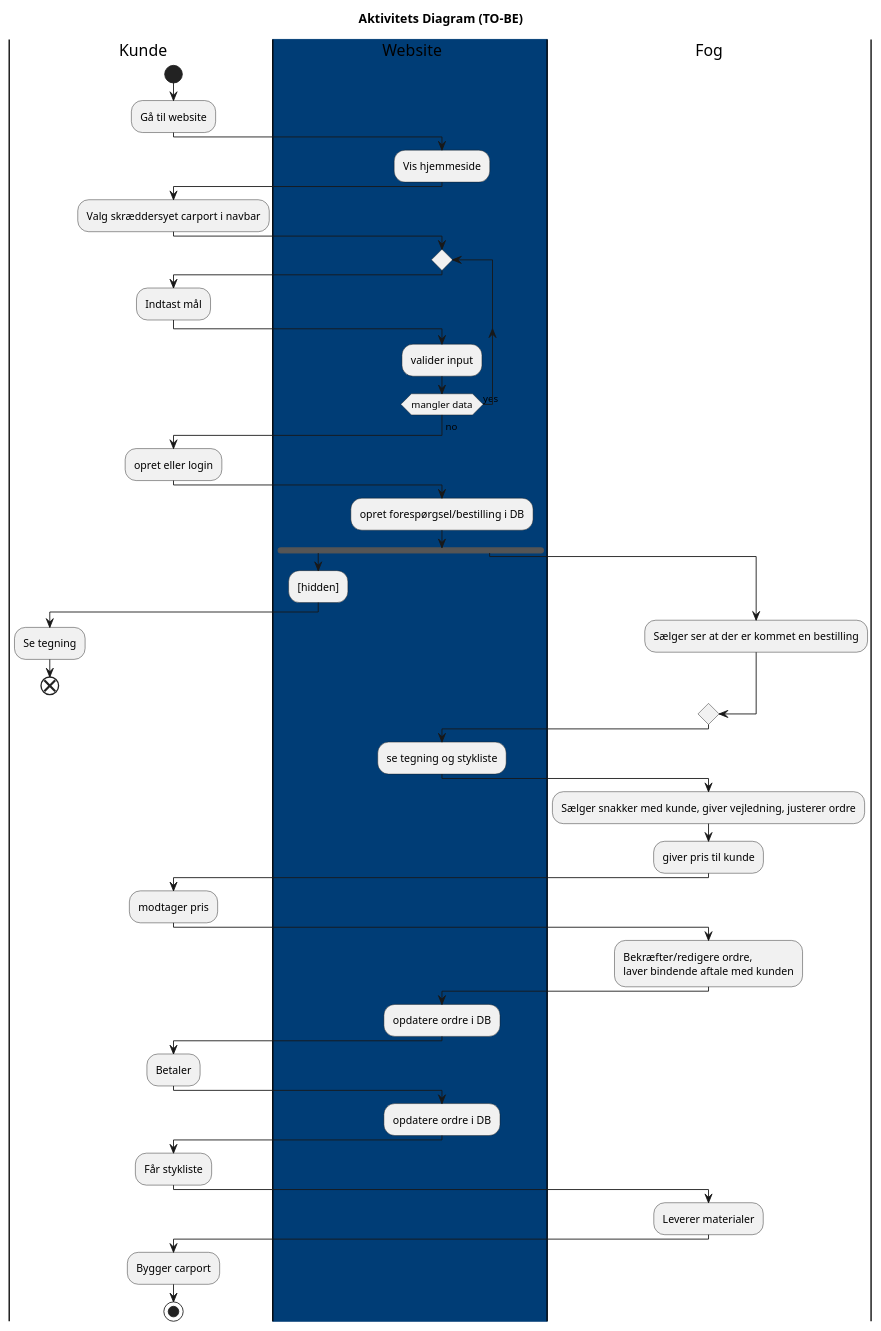
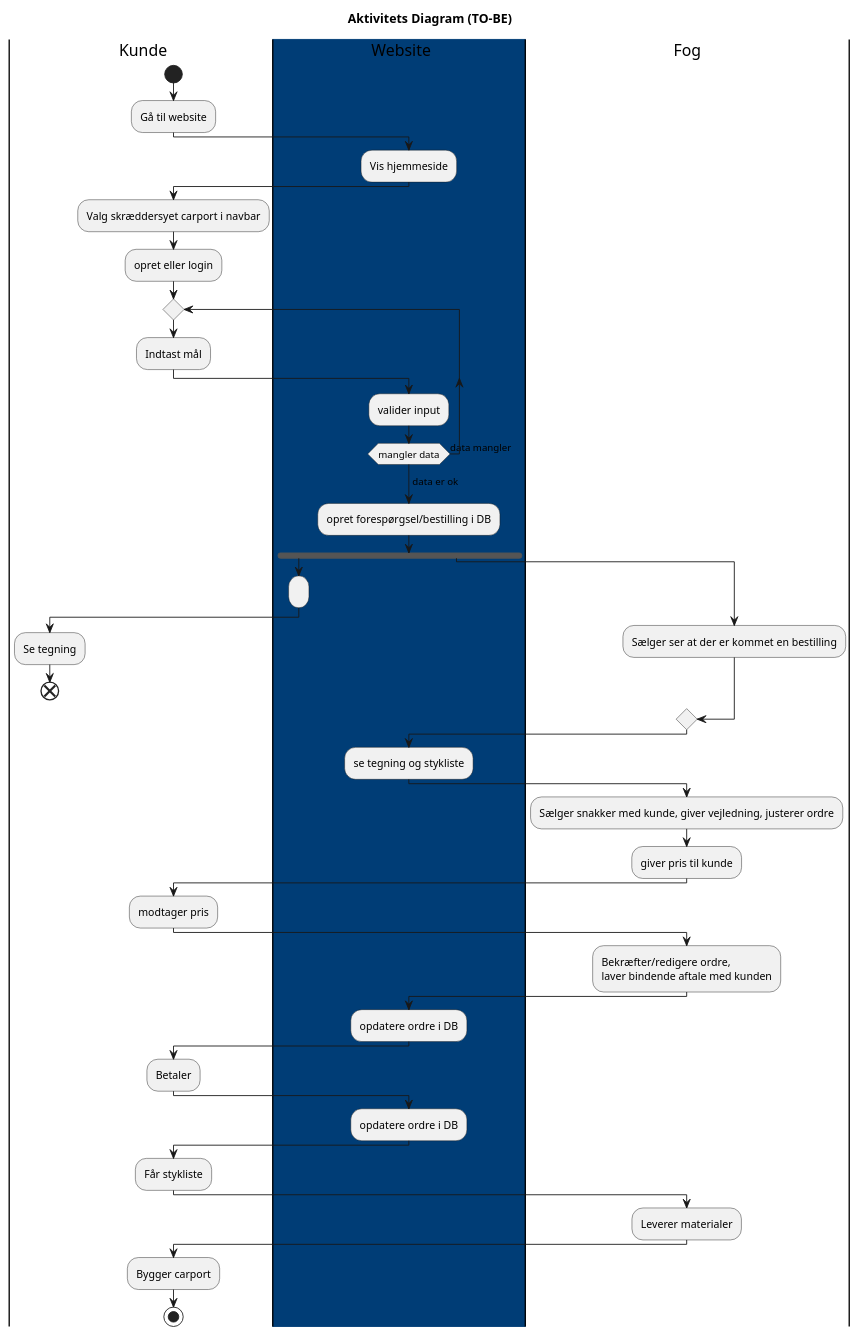
The diagram in documentation/To-Be.puml (larvad/carport), drawn with PlantUML before and after one commit.

Commit message:
opdater To-Be.puml

```diff
--- a/documentation/To-Be.puml
+++ b/documentation/To-Be.puml
@@ -1,61 +1,62 @@
 @startuml
 'https://plantuml.com/activity-diagram-beta
 Title Aktivitets Diagram (TO-BE)
 |k| Kunde
 start
 :Gå til website;
 |w|
 :Vis hjemmeside;
 |k|
 :Valg skræddersyet carport i navbar;
 
 |#003D76|w| Website
+
+|k|
+:opret eller login;
 repeat
 |k|
 :Indtast mål;
 |w|
   :valider input;
-repeat while (mangler data) is (yes)
-->no;
+repeat while (mangler data) is (data mangler)
+->data er ok;
 
-|k|
-:opret eller login;
 |w|
 :opret forespørgsel/bestilling i DB;
 
 fork
 |w|
-:[hidden];
+:;
 |k|
 :Se tegning;
 end
 fork again
   |s|
   :Sælger ser at der er kommet en bestilling;
 end merge
 |w|
 :se tegning og stykliste;
 
 |s|Fog
 :Sælger snakker med kunde, giver vejledning, justerer ordre;
 :giver pris til kunde;
 |k|
 :modtager pris;
 |s|
 :Bekræfter/redigere ordre,
 laver bindende aftale med kunden;
 
 |w|
 :opdatere ordre i DB;
 |k|
 :Betaler;
 |w|
 :opdatere ordre i DB;
 |k|
 :Får stykliste;
 |s|
 :Leverer materialer;
 |k|
 :Bygger carport;
 stop
 @enduml
```
